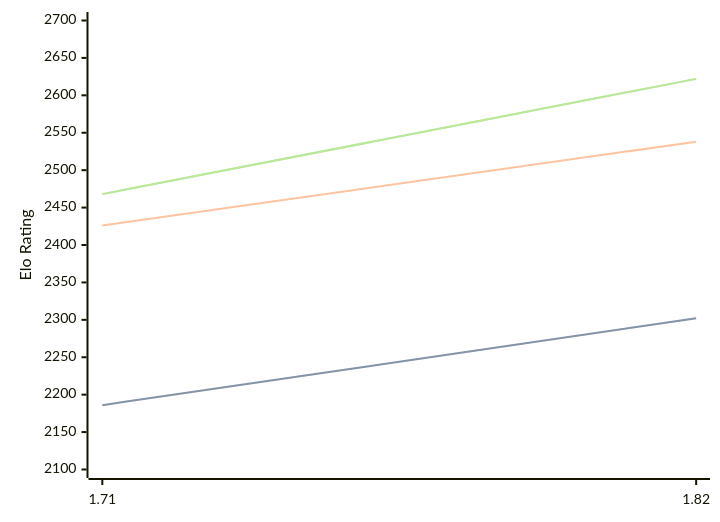
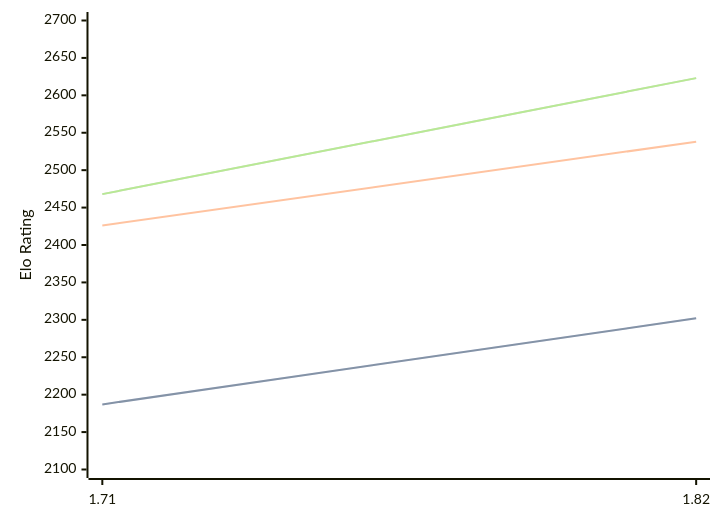
The diagram in engines/Amira.md (computer-chess-index/cci), drawn with Mermaid before and after one commit. The commit also changed other lines of this file, not shown here.

Commit message:
Update CCI Ratings (ELO VLTC) - 2026-08-27

````diff
--- a/engines/Amira.md
+++ b/engines/Amira.md
@@ -32,11 +32,11 @@
 ```mermaid
 %%{init: {"theme":"base","themeVariables":{"seriesColors:['#a3a3a3','#222221','#faa371']}}}%%
 xychart-beta
   x-axis ["1.71", "1.82"]
   y-axis "Elo Rating" 2100 --> 2700
-  line "STC (8.0+0.08s)" [2186, 2302]
-  line "STC (8.0+0.08s)" [2186, 2302]
+  line "STC (8.0+0.08s)" [2187, 2302]
+  line "STC (8.0+0.08s)" [2187, 2302]
   line "LTC (60.0+0.60s)" [2426, 2538]
-  line "VLTC (2m24s+1.12s)" [2468, 2622]
-  line "VLTC (2m24s+1.12s)" [2468, 2622]
+  line "VLTC (2m24s+1.12s)" [2468, 2623]
+  line "VLTC (2m24s+1.12s)" [2468, 2623]
 ```
````
